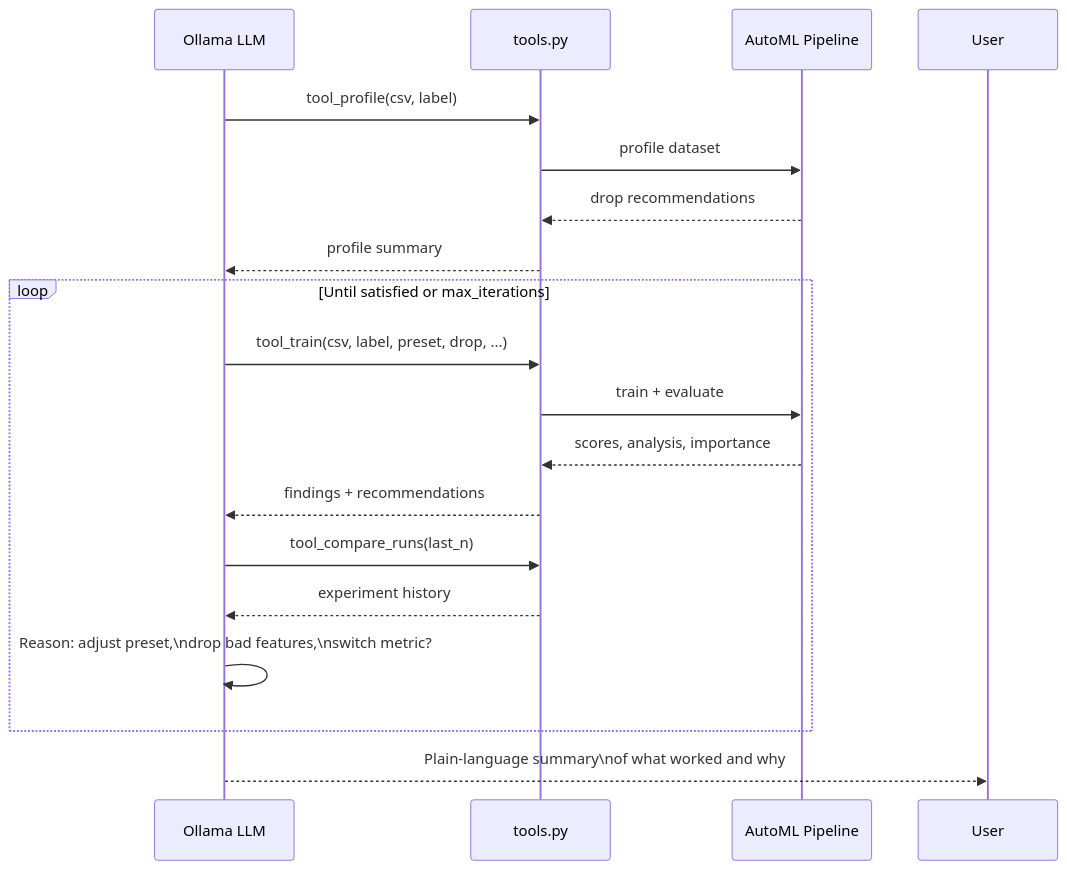
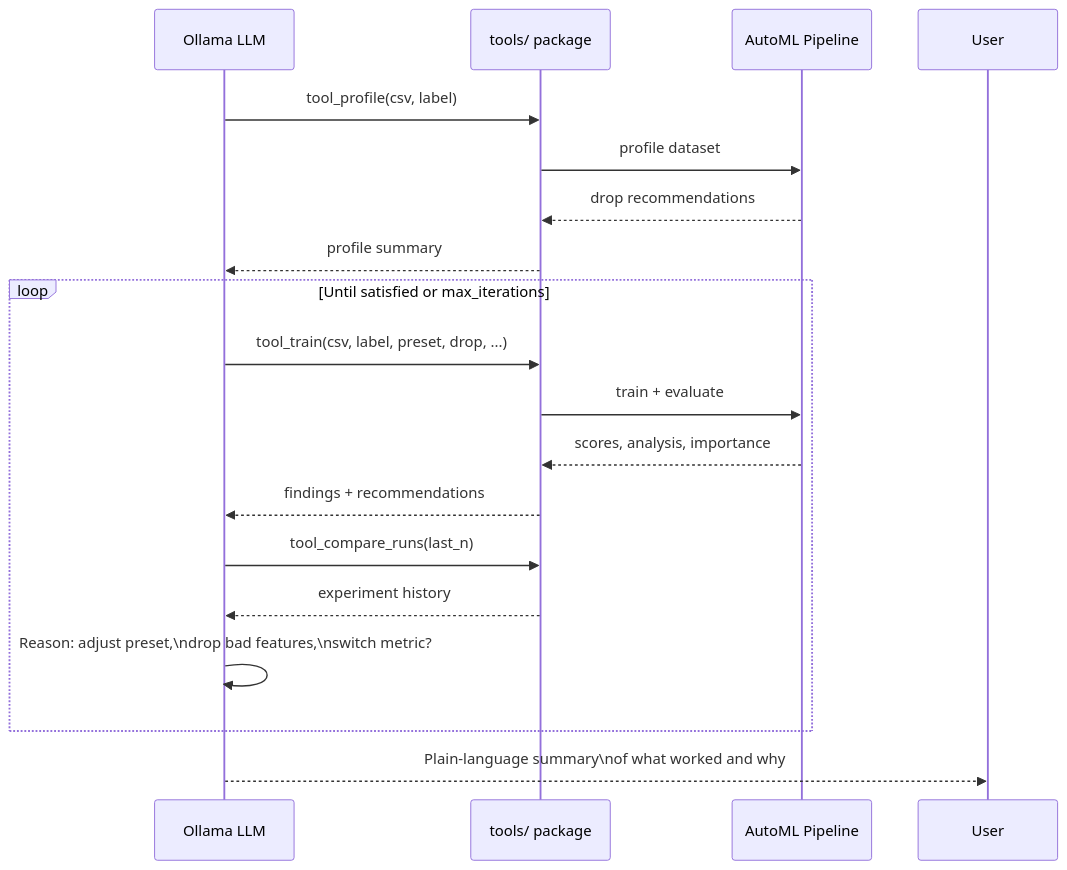
Before and after one commit to aabragan/automl-model-training: the eighth of 8 diagrams in docs/training-options.md, drawn with Mermaid. The commit also changed other lines of this file and 3 other files, not shown here.

````diff
--- a/docs/training-options.md
+++ b/docs/training-options.md
@@ -531,25 +542,25 @@
 ```mermaid
 sequenceDiagram
     participant LLM as Ollama LLM
-    participant Tools as tools.py
+    participant Tools as tools/ package
     participant Pipeline as AutoML Pipeline
 
     LLM->>Tools: tool_profile(csv, label)
     Tools->>Pipeline: profile dataset
     Pipeline-->>Tools: drop recommendations
     Tools-->>LLM: profile summary
 
     loop Until satisfied or max_iterations
         LLM->>Tools: tool_train(csv, label, preset, drop, ...)
         Tools->>Pipeline: train + evaluate
         Pipeline-->>Tools: scores, analysis, importance
         Tools-->>LLM: findings + recommendations
 
         LLM->>Tools: tool_compare_runs(last_n)
         Tools-->>LLM: experiment history
 
         LLM->>LLM: Reason: adjust preset,\ndrop bad features,\nswitch metric?
     end
 
     LLM-->>User: Plain-language summary\nof what worked and why
 ```
````
